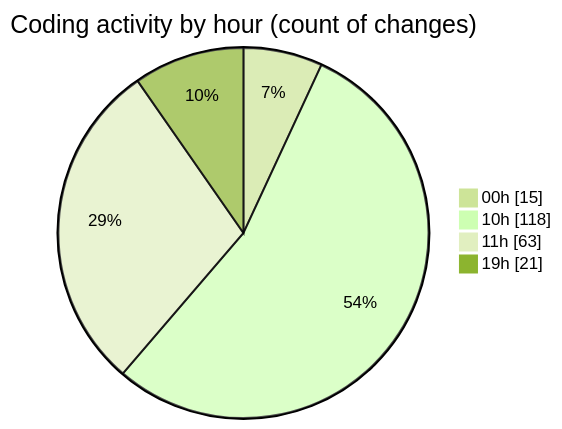
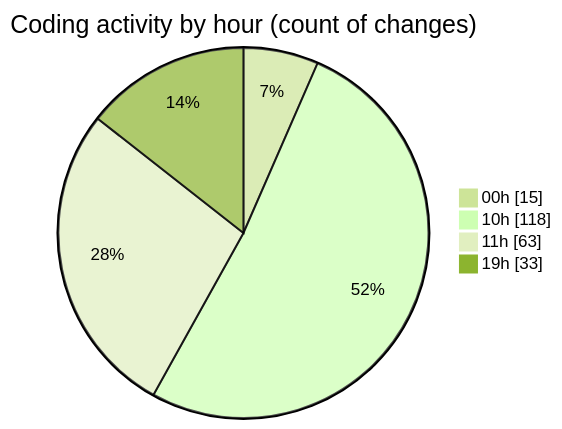
The second of 2 diagrams in 2026-01-11/dsa/README.md (Ritupan-Deka/code-tracking), drawn with Mermaid (forest theme) before and after one commit. The commit also changed other lines of this file and 1 other file, not shown here.

````diff
--- a/2026-01-11/dsa/README.md
+++ b/2026-01-11/dsa/README.md
@@ -29,8 +29,8 @@
 ```mermaid
 pie showData
 title Coding activity by hour (count of changes)
 "00h" : 15
 "10h" : 118
 "11h" : 63
-"19h" : 21
+"19h" : 33
 ```
````
